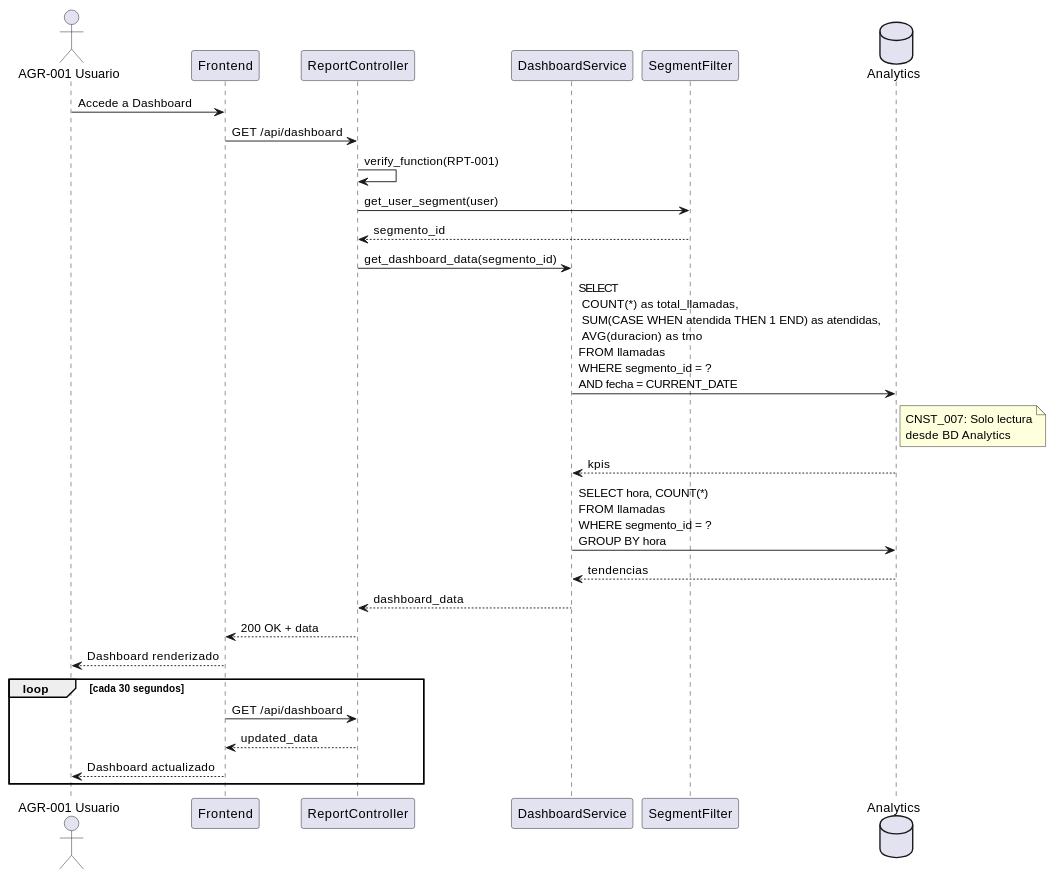
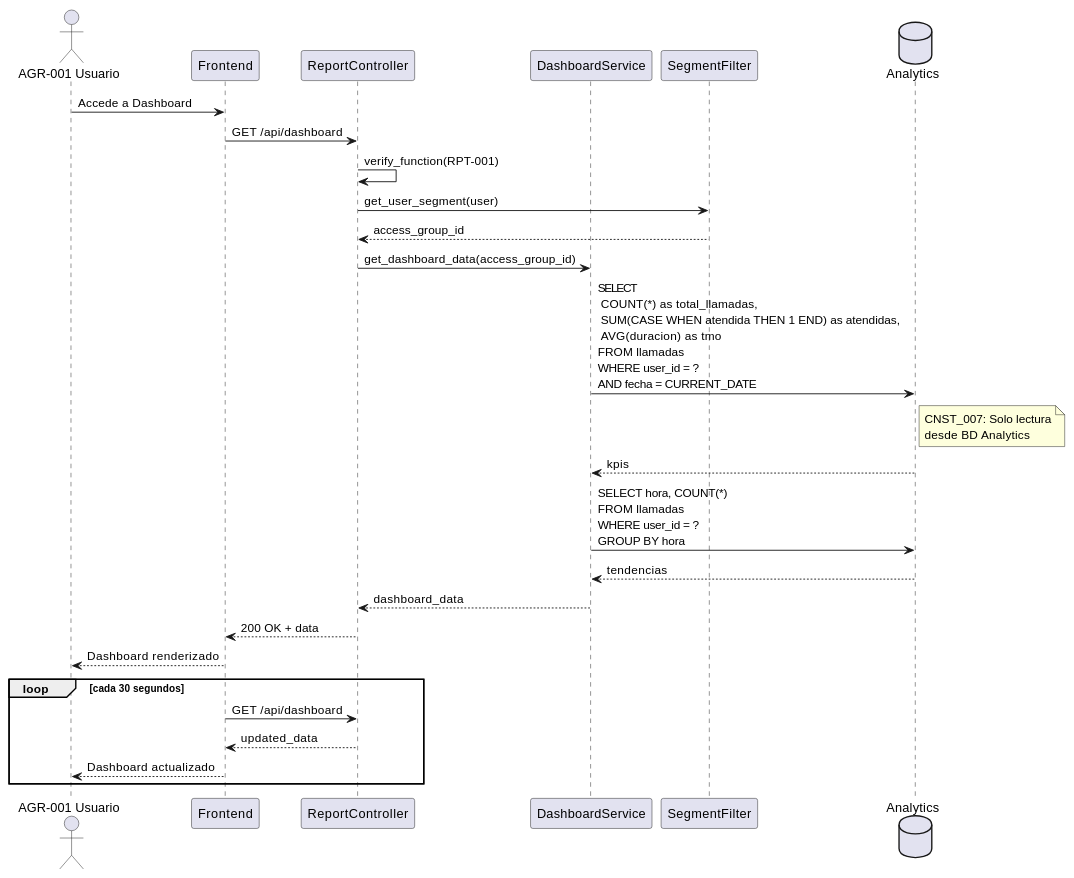
The second of 3 diagrams in source/requisitos/casos-uso/reports/uc-rpt-01-ver-dashboard.rst (jcg-admin/IACT-docs), drawn with PlantUML before and after one commit. The commit also changed other lines of this file and 14 other files, not shown here.

```diff
--- a/source/requisitos/casos-uso/reports/uc-rpt-01-ver-dashboard.rst
+++ b/source/requisitos/casos-uso/reports/uc-rpt-01-ver-dashboard.rst
@@ -165,40 +165,40 @@
 .. uml::
  :caption: Diagrama de Secuencia - UC_RPT_01
 
  @startuml
  actor "AGR-001 Usuario" as U
  participant "Frontend" as FE
  participant "ReportController" as RC
  participant "DashboardService" as DS
  participant "SegmentFilter" as SF
  database "Analytics" as DB
 
  U -> FE: Accede a Dashboard
  FE -> RC: GET /api/dashboard
  RC -> RC: verify_function(RPT-001)
 
  RC -> SF: get_user_segment(user)
- SF --> RC: segmento_id
+ SF --> RC: access_group_id
 
- RC -> DS: get_dashboard_data(segmento_id)
+ RC -> DS: get_dashboard_data(access_group_id)
 
- DS -> DB: SELECT\n COUNT(*) as total_llamadas,\n SUM(CASE WHEN atendida THEN 1 END) as atendidas,\n AVG(duracion) as tmo\nFROM llamadas\nWHERE segmento_id = ?\nAND fecha = CURRENT_DATE
+ DS -> DB: SELECT\n COUNT(*) as total_llamadas,\n SUM(CASE WHEN atendida THEN 1 END) as atendidas,\n AVG(duracion) as tmo\nFROM llamadas\nWHERE user_id = ?\nAND fecha = CURRENT_DATE
  note right of DB
  CNST_007: Solo lectura
  desde BD Analytics
  end note
  DB --> DS: kpis
 
- DS -> DB: SELECT hora, COUNT(*)\nFROM llamadas\nWHERE segmento_id = ?\nGROUP BY hora
+ DS -> DB: SELECT hora, COUNT(*)\nFROM llamadas\nWHERE user_id = ?\nGROUP BY hora
  DB --> DS: tendencias
 
  DS --> RC: dashboard_data
  RC --> FE: 200 OK + data
  FE --> U: Dashboard renderizado
 
  loop cada 30 segundos
  FE -> RC: GET /api/dashboard
  RC --> FE: updated_data
  FE --> U: Dashboard actualizado
  end
  @enduml
```
